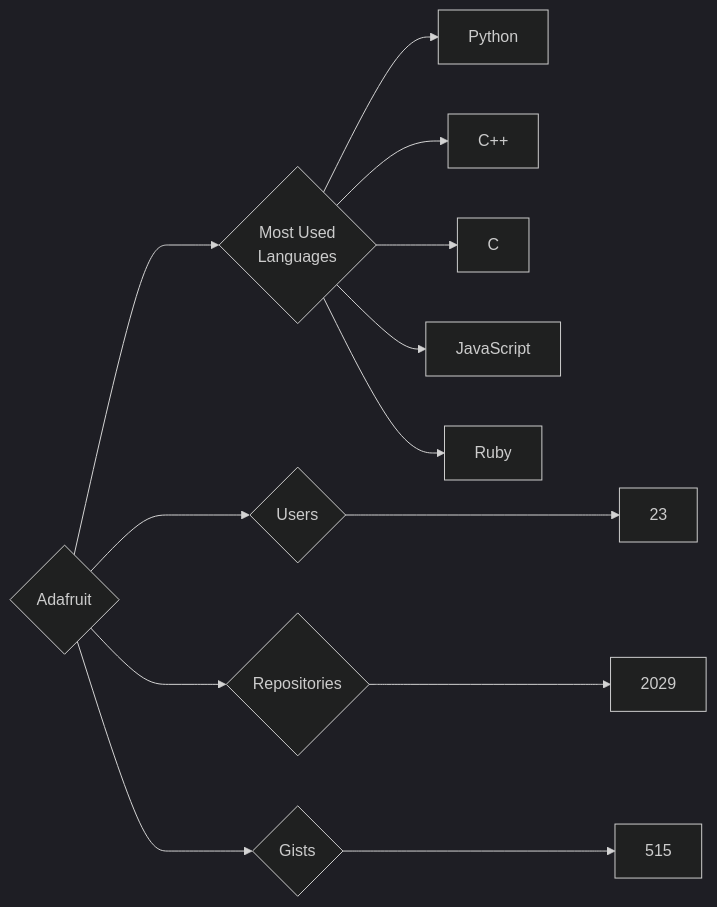
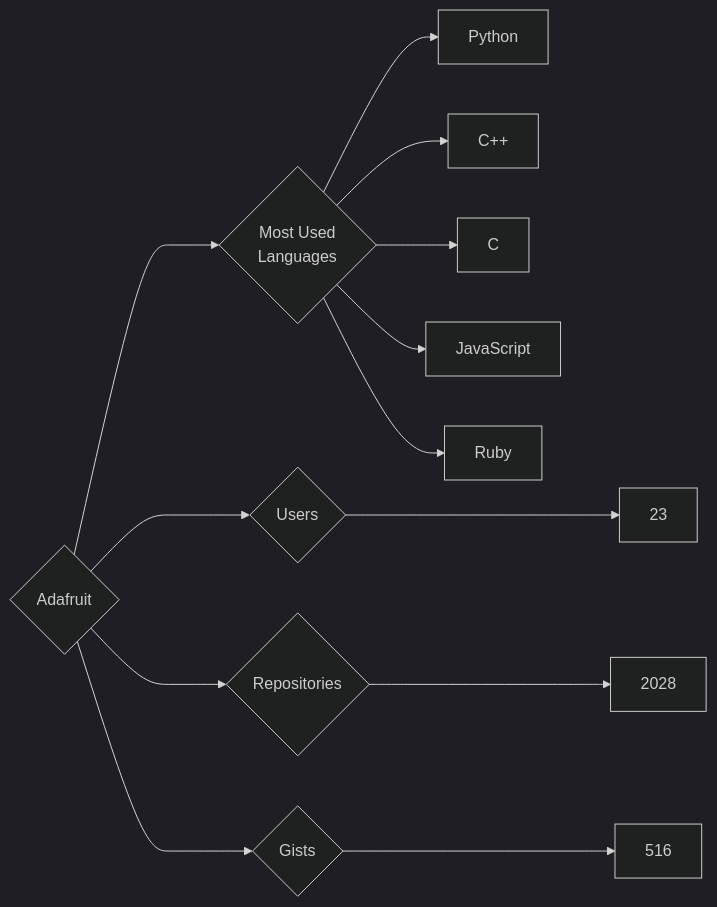
Before and after one commit to nenadzaric/insiders: the diagram in targets/Adafruit/README.md, drawn with Mermaid (dark theme). The commit also changed 26 other files, not shown here.

````diff
--- a/targets/Adafruit/README.md
+++ b/targets/Adafruit/README.md
@@ -3,13 +3,13 @@
 ```mermaid
 graph LR
 COMPANY_NAME{Adafruit}
 COMPANY_NAME ---> U{Users} ---> UN[23]
-COMPANY_NAME ---> R{Repositories} ---> RN[2029]
-COMPANY_NAME ---> G{Gists} ---> GN[515]
+COMPANY_NAME ---> R{Repositories} ---> RN[2028]
+COMPANY_NAME ---> G{Gists} ---> GN[516]
 COMPANY_NAME ---> ML{Most Used<br>Languages}
 ML --> Python[Python]
 ML --> C++[C++]
 ML --> C[C]
 ML --> JavaScript[JavaScript]
 ML --> Ruby[Ruby]
 ```
````
